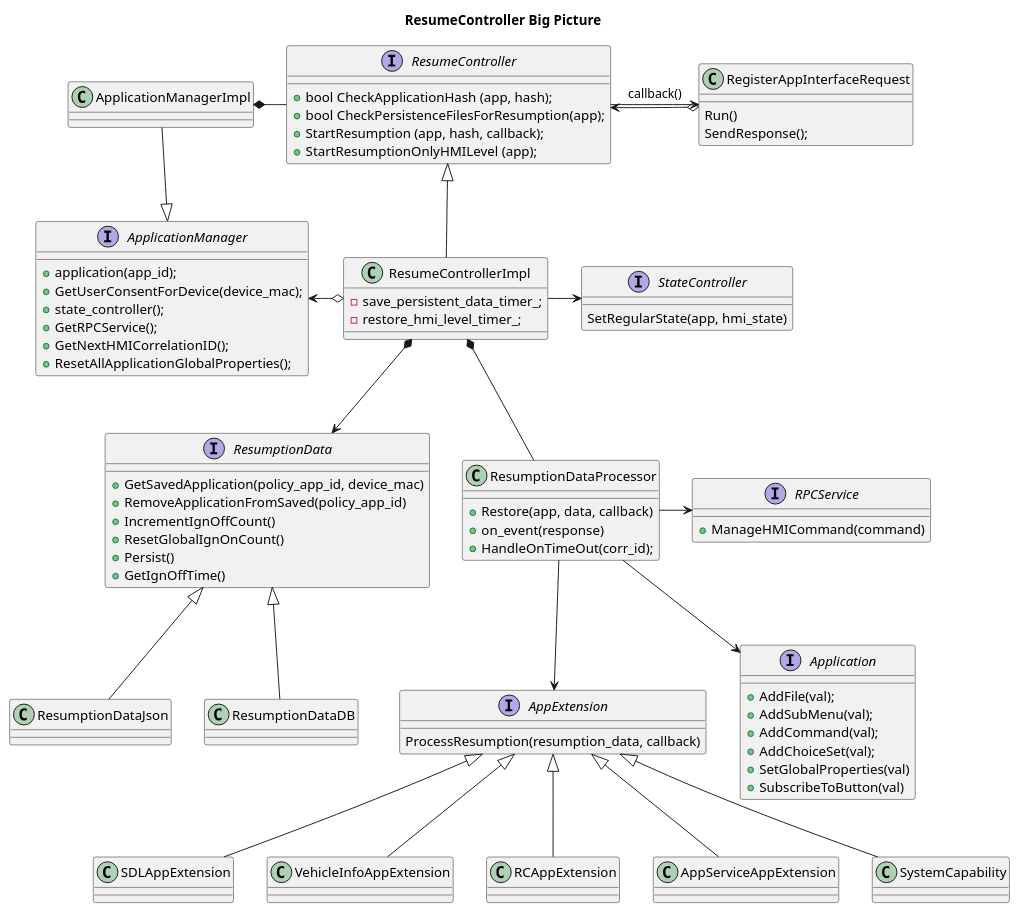
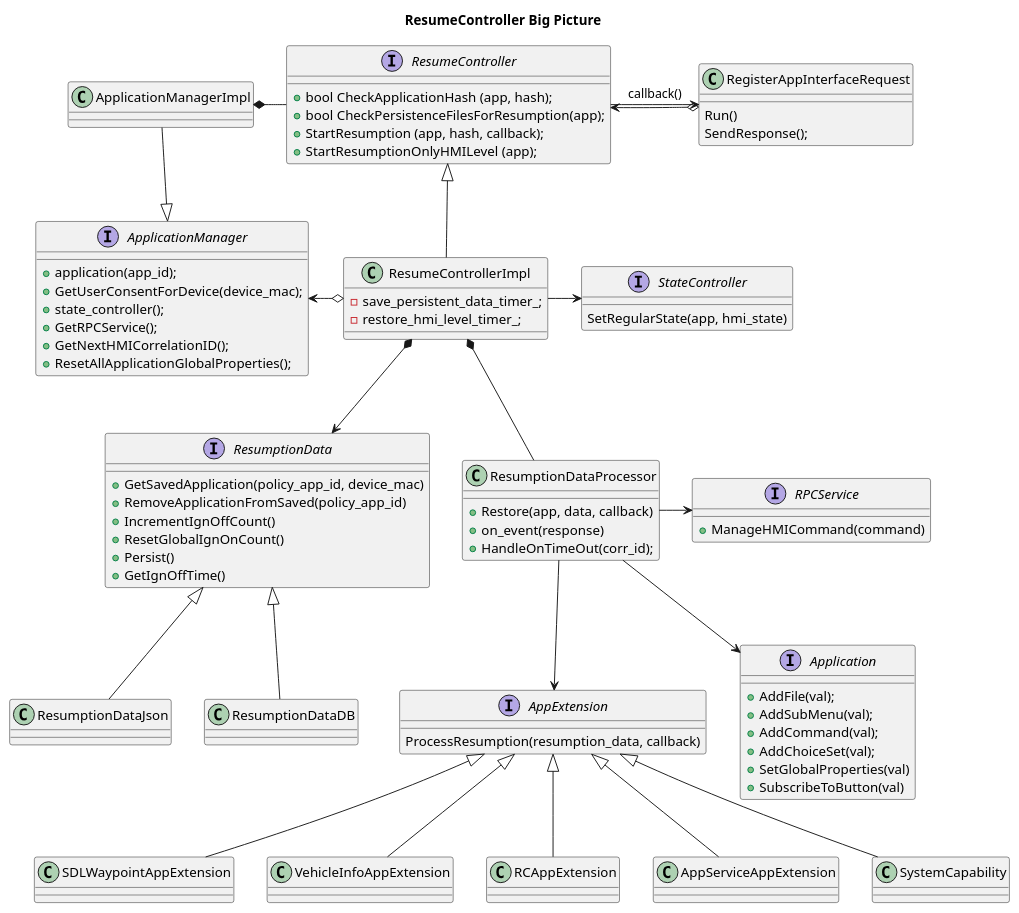
One commit to smartdevicelink/sdl_core_guides changed the diagram in docs/Developer Documentation/ResumeController/assets/resume_controller_classes.puml. Above: the diagram before and after it, drawn with PlantUML. The commit also changed 2 other files, not shown here.

Commit message:
SDLAppExtension -> SDLWaypointAppExtension

```diff
--- a/docs/Developer Documentation/ResumeController/assets/resume_controller_classes.puml
+++ b/docs/Developer Documentation/ResumeController/assets/resume_controller_classes.puml
@@ -1,101 +1,101 @@
 @startuml
 
 title ResumeController Big Picture
 
 interface ApplicationManager {
   + application(app_id);
   + GetUserConsentForDevice(device_mac);
   + state_controller();
   + GetRPCService();
   + GetNextHMICorrelationID();
   + ResetAllApplicationGlobalProperties();
 }
 class ApplicationManagerImpl
 ApplicationManagerImpl -down-|> ApplicationManager
 
 interface ResumeController {
   + bool CheckApplicationHash (app, hash);
   + bool CheckPersistenceFilesForResumption(app);
   + StartResumption (app, hash, callback);
   + StartResumptionOnlyHMILevel (app);
 } 
 
 interface ResumptionData {
   + GetSavedApplication(policy_app_id, device_mac)
   + RemoveApplicationFromSaved(policy_app_id)
   + IncrementIgnOffCount()
   + ResetGlobalIgnOnCount()
   + Persist()
   + GetIgnOffTime()
 }
 
 class ResumptionDataJson
 ResumptionDataJson -up-|> ResumptionData
 class ResumptionDataDB
 ResumptionDataDB -up-|> ResumptionData
 
 class ResumeControllerImpl {
   - save_persistent_data_timer_;
   - restore_hmi_level_timer_;
 }
 
 interface StateController {
   SetRegularState(app, hmi_state)
 }
 
 ResumeControllerImpl -right-> StateController
 
 ResumeControllerImpl *--> ResumptionData 
 
 ResumeControllerImpl -up-|> ResumeController
 RegisterAppInterfaceRequest o-left-> ResumeController
 ResumeController --> RegisterAppInterfaceRequest : callback()
 
 ApplicationManagerImpl *- ResumeController  
 ResumeControllerImpl o-left-> ApplicationManager
 
 class RegisterAppInterfaceRequest {
   Run()
   SendResponse();
 }
 
 
 
 class ResumptionDataProcessor {
   + Restore(app, data, callback)
   + on_event(response)
   + HandleOnTimeOut(corr_id);
 }
 
 ResumeControllerImpl *-- ResumptionDataProcessor 
 
 interface AppExtension {
   ProcessResumption(resumption_data, callback)
 }
 
 interface Application {
   + AddFile(val);
   + AddSubMenu(val);
   + AddCommand(val);
   + AddChoiceSet(val);
   + SetGlobalProperties(val)
   + SubscribeToButton(val)
 }
 
 
 ResumptionDataProcessor --> AppExtension
 ResumptionDataProcessor --> Application
 
 interface RPCService {
   + ManageHMICommand(command)
 }
 
 ResumptionDataProcessor -right-> RPCService
 
-SDLAppExtension -up-|> AppExtension
+SDLWaypointAppExtension -up-|> AppExtension
 VehicleInfoAppExtension -up-|> AppExtension
 RCAppExtension -up-|> AppExtension
 AppServiceAppExtension -up-|> AppExtension
 SystemCapability -up-|> AppExtension
 
 @enduml
```
